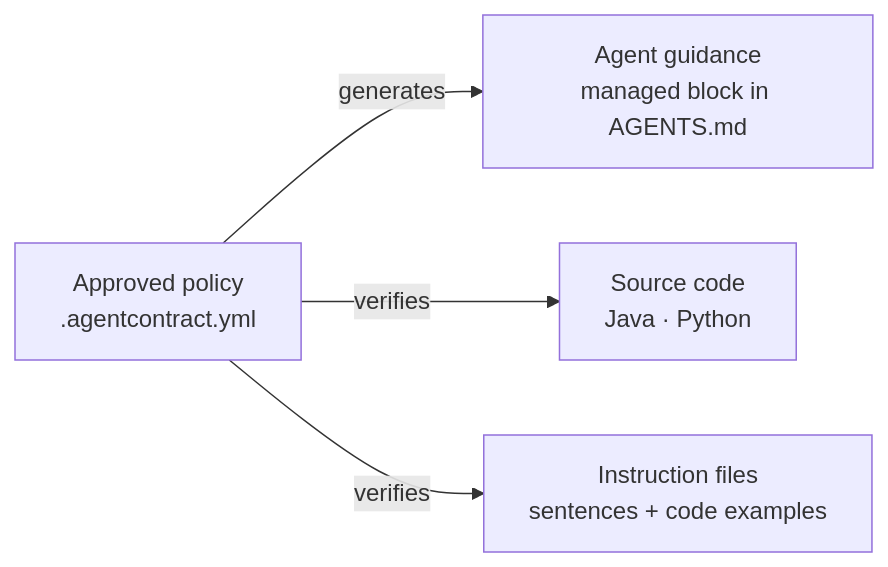
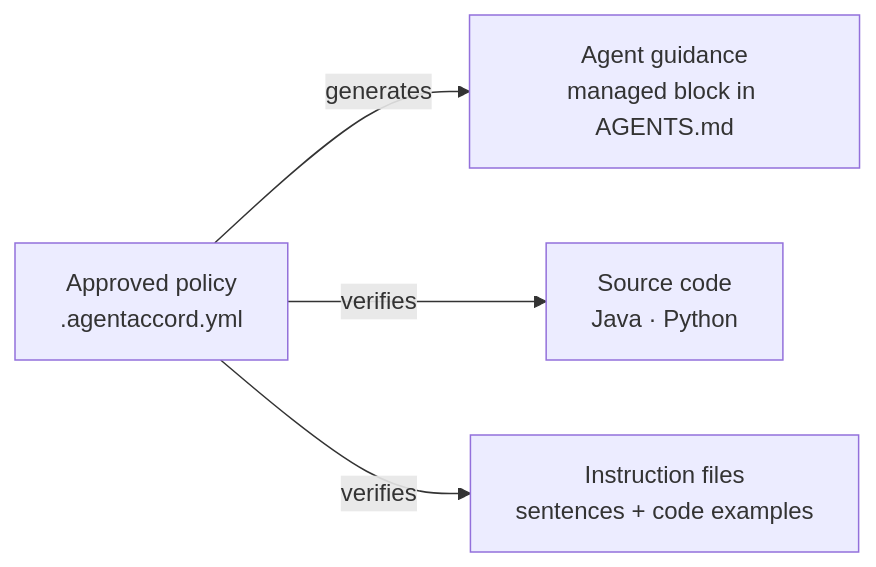
The diagram in README.md (rrezartprebreza/agent-contract), drawn with Mermaid before and after one commit. The commit also changed other lines of this file and 32 other files, not shown here.

````diff
--- a/README.md
+++ b/README.md
@@ -12,6 +12,6 @@
 ```mermaid
 flowchart LR
-    P["Approved policy<br/>.agentcontract.yml"] -->|generates| G["Agent guidance<br/>managed block in AGENTS.md"]
+    P["Approved policy<br/>.agentaccord.yml"] -->|generates| G["Agent guidance<br/>managed block in AGENTS.md"]
     P -->|verifies| C["Source code<br/>Java · Python"]
     P -->|verifies| I["Instruction files<br/>sentences + code examples"]
 ```
````
